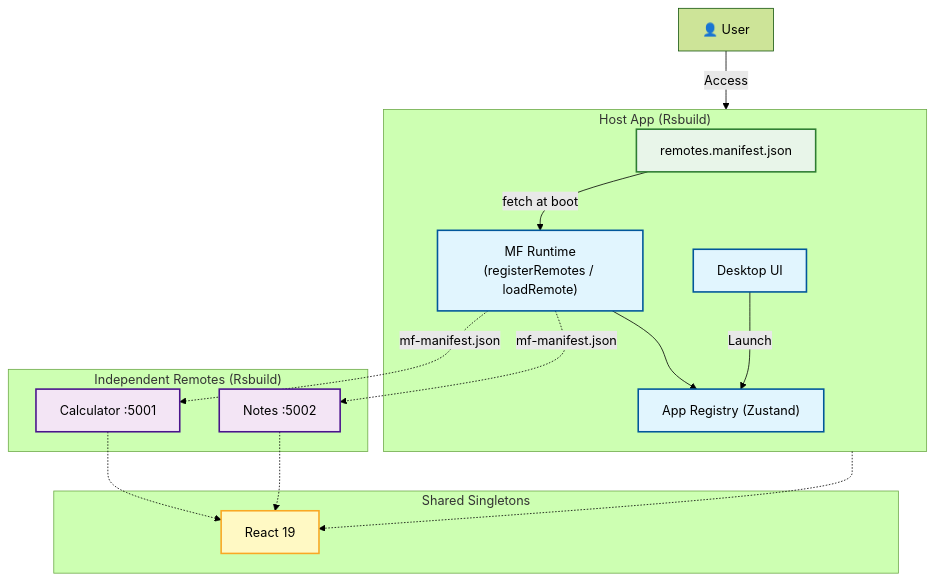
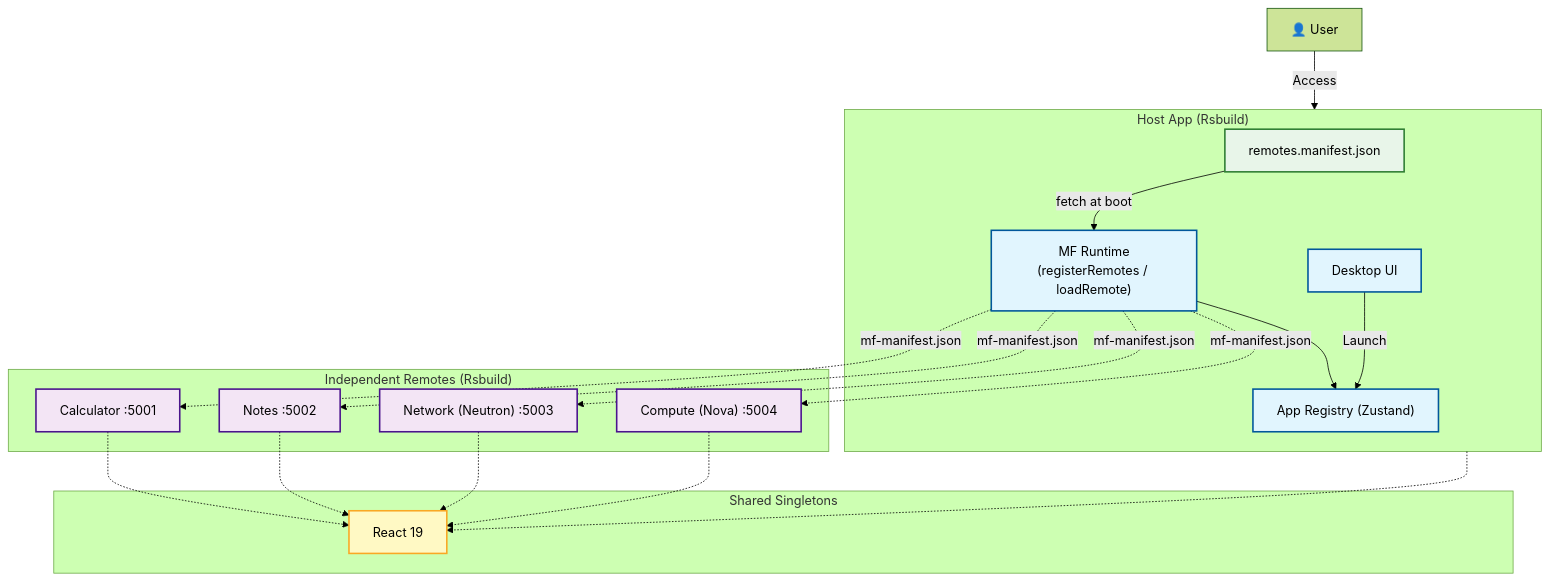
Before and after one commit to KBH-js/proto: the diagram in README.md, drawn with Mermaid (forest theme). The commit also changed other lines of this file and 2 other files, not shown here.

Commit message:
docs: sync README/TESTING with 4-remote reality; add worktree bootstrap hook
- README: Features, mermaid diagram, and dev-remotes comment now cover
  remote-network (Neutron :5003) and remote-compute (Nova :5004)
- TESTING: coverage table expanded from 3 to all 14 suites (host 10 +
  remote packages 4); intro now reflects the per-file node env override
- settings: SessionStart hook runs pnpm install --prefer-offline when
  node_modules is missing, so fresh worktrees bootstrap themselves

````diff
--- a/README.md
+++ b/README.md
@@ -18,39 +19,45 @@
 ```mermaid
 graph TD
     classDef host fill:#e1f5fe,stroke:#01579b,stroke-width:2px
     classDef remote fill:#f3e5f5,stroke:#4a148c,stroke-width:2px
     classDef shared fill:#fff9c4,stroke:#f9a825,stroke-width:2px
     classDef manifest fill:#e8f5e9,stroke:#2e7d32,stroke-width:2px
 
     User["👤 User"] -->|Access| Host
 
     subgraph Host ["Host App (Rsbuild)"]
         Manifest["remotes.manifest.json"]
         Runtime["MF Runtime<br/>(registerRemotes / loadRemote)"]
         Registry["App Registry (Zustand)"]
         Desktop["Desktop UI"]
         Manifest -->|fetch at boot| Runtime
         Runtime --> Registry
         Desktop -->|Launch| Registry
     end
 
     subgraph Remotes ["Independent Remotes (Rsbuild)"]
         Calc["Calculator :5001"]
         Notes["Notes :5002"]
+        Net["Network (Neutron) :5003"]
+        Comp["Compute (Nova) :5004"]
     end
 
     subgraph Shared ["Shared Singletons"]
         ReactLib[React 19]
     end
 
     Runtime -.->|mf-manifest.json| Calc
     Runtime -.->|mf-manifest.json| Notes
+    Runtime -.->|mf-manifest.json| Net
+    Runtime -.->|mf-manifest.json| Comp
     Host -.-> ReactLib
     Calc -.-> ReactLib
     Notes -.-> ReactLib
+    Net -.-> ReactLib
+    Comp -.-> ReactLib
 
     class Manifest manifest
     class Runtime,Registry,Desktop host
-    class Calc,Notes remote
+    class Calc,Notes,Net,Comp remote
     class ReactLib shared
 ```
````
